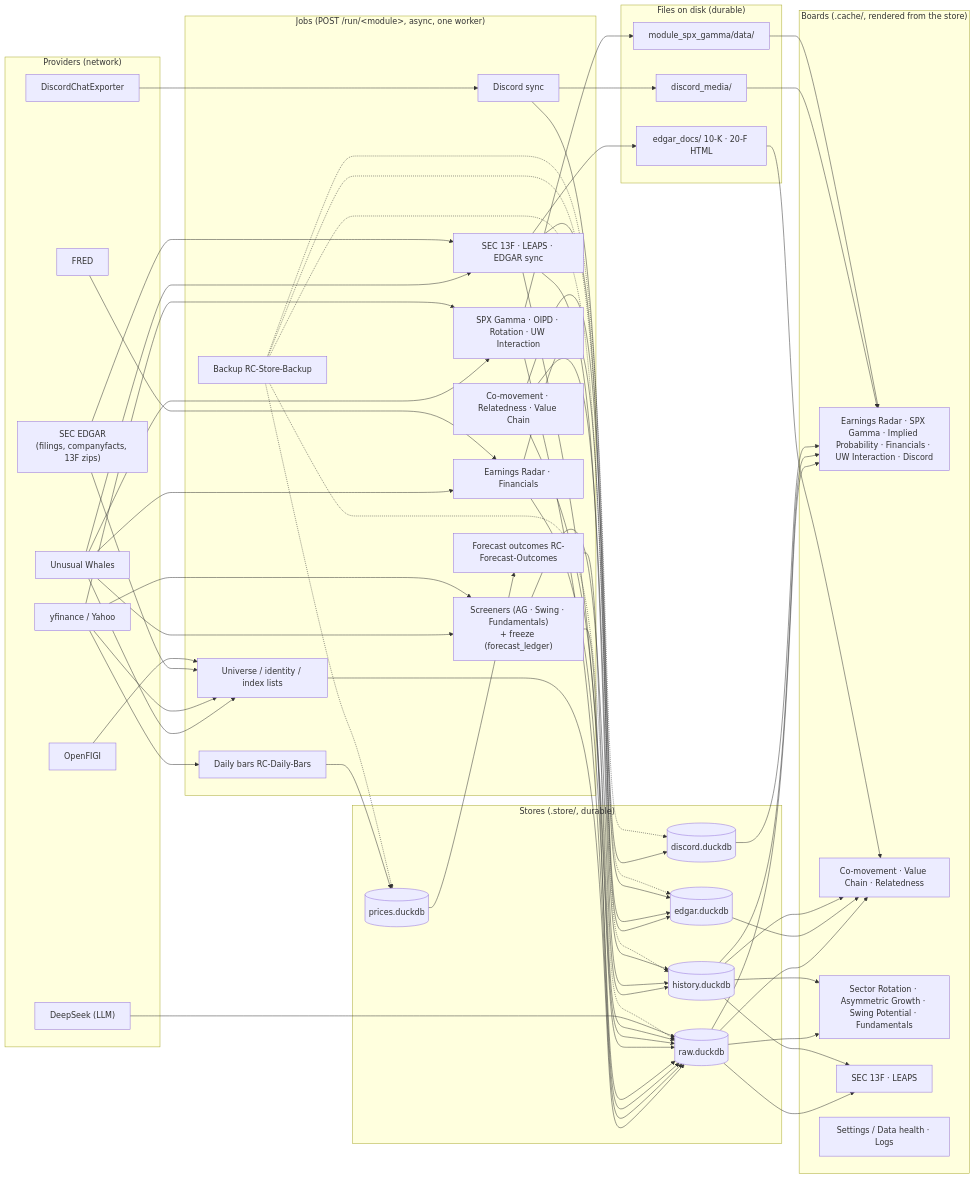
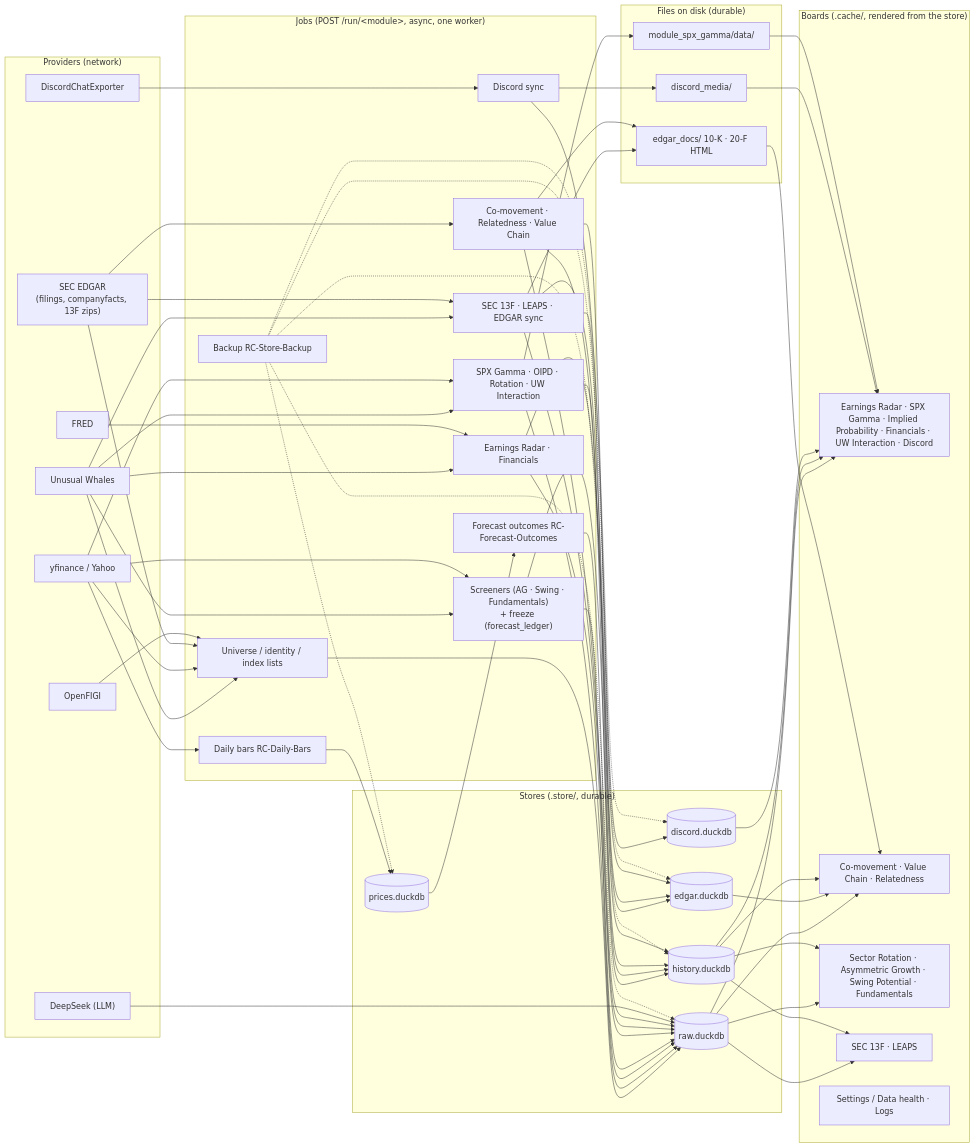
The diagram in docs/system_map.md (alsanvolkan/RevenueChaser-public), drawn with Mermaid before and after one commit. The commit also changed other lines of this file, not shown here.

````diff
--- a/docs/system_map.md
+++ b/docs/system_map.md
@@ -36,76 +81,76 @@
 ```mermaid
 flowchart LR
     subgraph providers["Providers (network)"]
         UW["Unusual Whales"]
         YF["yfinance / Yahoo"]
         SEC["SEC EDGAR<br/>(filings, companyfacts, 13F zips)"]
         FRED["FRED"]
         OF["OpenFIGI"]
         DCE["DiscordChatExporter"]
         DS["DeepSeek (LLM)"]
     end
 
     subgraph jobs["Jobs (POST /run/&lt;module&gt;, async, one worker)"]
         UNI["Universe / identity / index lists"]
         MKT["SPX Gamma · OIPD · Rotation · UW Interaction"]
         SCR["Screeners (AG · Swing · Fundamentals)<br/>+ freeze (forecast_ledger)"]
         ERN["Earnings Radar · Financials"]
         OWN["SEC 13F · LEAPS · EDGAR sync"]
         COM["Co-movement · Relatedness · Value Chain"]
         DBC["Discord sync"]
         BAR["Daily bars RC-Daily-Bars"]
         OUT["Forecast outcomes RC-Forecast-Outcomes"]
         BAK["Backup RC-Store-Backup"]
     end
 
     subgraph stores["Stores (.store/, durable)"]
         RAW[("raw.duckdb")]
         EDGAR[("edgar.duckdb")]
         PRICES[("prices.duckdb")]
         HIST[("history.duckdb")]
         DISCORD[("discord.duckdb")]
     end
 
     subgraph files["Files on disk (durable)"]
         EDOCS["edgar_docs/ 10-K · 20-F HTML"]
         DMEDIA["discord_media/"]
         SPXTREE["module_spx_gamma/data/"]
     end
 
     subgraph boards["Boards (.cache/, rendered from the store)"]
         B_RESEARCH["Earnings Radar · SPX Gamma · Implied Probability · Financials · UW Interaction · Discord"]
         B_CLASS["Co-movement · Value Chain · Relatedness"]
         B_SCREEN["Sector Rotation · Asymmetric Growth · Swing Potential · Fundamentals"]
         B_OWN["SEC 13F · LEAPS"]
         B_OPS["Settings / Data health · Logs"]
     end
 
     UW --> MKT & SCR & ERN & OWN & UNI
     YF --> UNI & MKT & SCR & BAR
-    SEC --> OWN & UNI
+    SEC --> OWN & UNI & COM
     FRED --> ERN
     OF --> UNI
     DCE --> DBC
 
     UNI --> RAW
-    MKT --> RAW & SPXTREE
+    MKT --> RAW & SPXTREE & HIST
     SCR --> RAW & HIST
     ERN --> RAW & EDGAR
     OWN --> RAW & EDGAR & EDOCS & HIST
-    COM --> RAW & EDGAR & HIST
+    COM --> RAW & EDGAR & EDOCS & HIST
     DBC --> DISCORD & DMEDIA
     BAR --> PRICES
     OUT --> RAW
     DS --> RAW
 
     RAW --> B_RESEARCH & B_CLASS & B_SCREEN & B_OWN
     EDGAR --> B_CLASS
     PRICES --> OUT
     HIST --> B_RESEARCH & B_CLASS & B_SCREEN & B_OWN
     DISCORD --> B_RESEARCH
     EDOCS --> B_CLASS
     DMEDIA --> B_RESEARCH
     SPXTREE --> B_RESEARCH
 
     BAK -.-> RAW & EDGAR & PRICES & HIST & DISCORD
 ```
````
